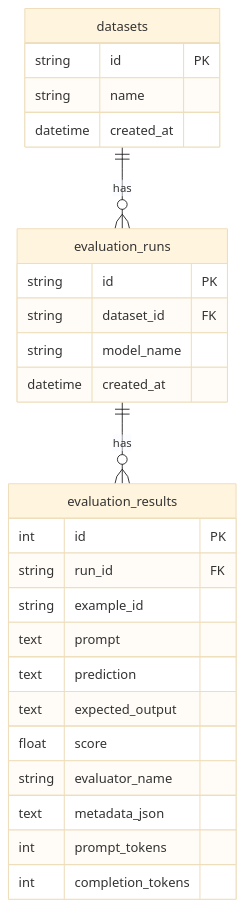
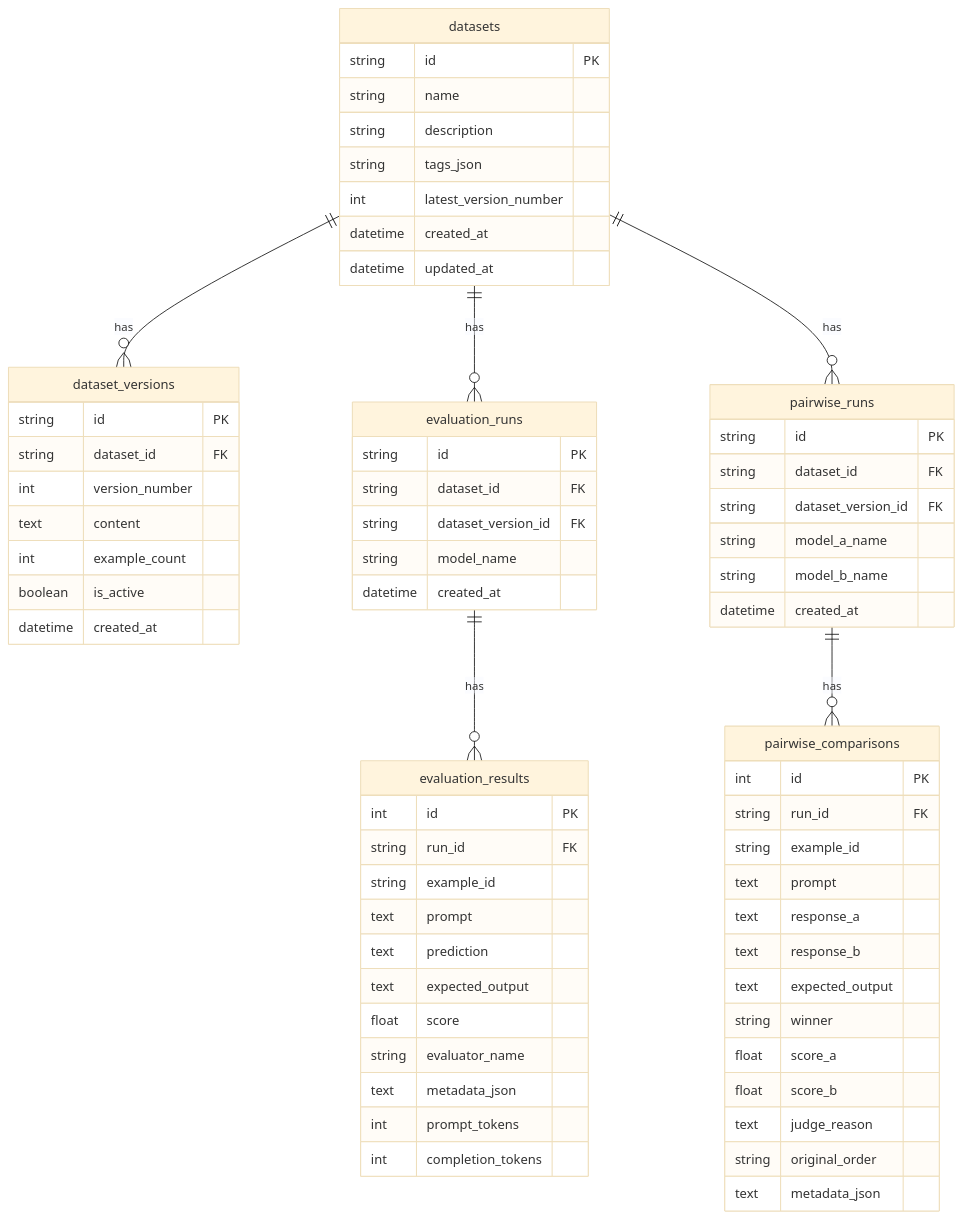
The third of 3 diagrams in PROJECT_DOCUMENTATION.md (Ibrahimboudagga/evealuation-engine), drawn with Mermaid (base theme) before and after one commit. The commit also changed other lines of this file and 2 other files, not shown here.

Commit message:
feat: implement pairwise model evaluation, comprehensive dataset CRUD/versioning API, and UI enhancements.

````diff
--- a/PROJECT_DOCUMENTATION.md
+++ b/PROJECT_DOCUMENTATION.md
@@ -595,32 +737,75 @@
 ```mermaid
 erDiagram
+    datasets ||--o{ dataset_versions : has
     datasets ||--o{ evaluation_runs : has
+    datasets ||--o{ pairwise_runs : has
     evaluation_runs ||--o{ evaluation_results : has
+    pairwise_runs ||--o{ pairwise_comparisons : has
 
     datasets {
         string id PK
         string name
+        string description
+        string tags_json
+        int latest_version_number
+        datetime created_at
+        datetime updated_at
+    }
+
+    dataset_versions {
+        string id PK
+        string dataset_id FK
+        int version_number
+        text content
+        int example_count
+        boolean is_active
         datetime created_at
     }
 
     evaluation_runs {
         string id PK
         string dataset_id FK
+        string dataset_version_id FK
         string model_name
         datetime created_at
     }
 
     evaluation_results {
         int id PK
         string run_id FK
         string example_id
         text prompt
         text prediction
         text expected_output
         float score
         string evaluator_name
         text metadata_json
         int prompt_tokens
         int completion_tokens
     }
+
+    pairwise_runs {
+        string id PK
+        string dataset_id FK
+        string dataset_version_id FK
+        string model_a_name
+        string model_b_name
+        datetime created_at
+    }
+
+    pairwise_comparisons {
+        int id PK
+        string run_id FK
+        string example_id
+        text prompt
+        text response_a
+        text response_b
+        text expected_output
+        string winner
+        float score_a
+        float score_b
+        text judge_reason
+        string original_order
+        text metadata_json
+    }
 ```
````
